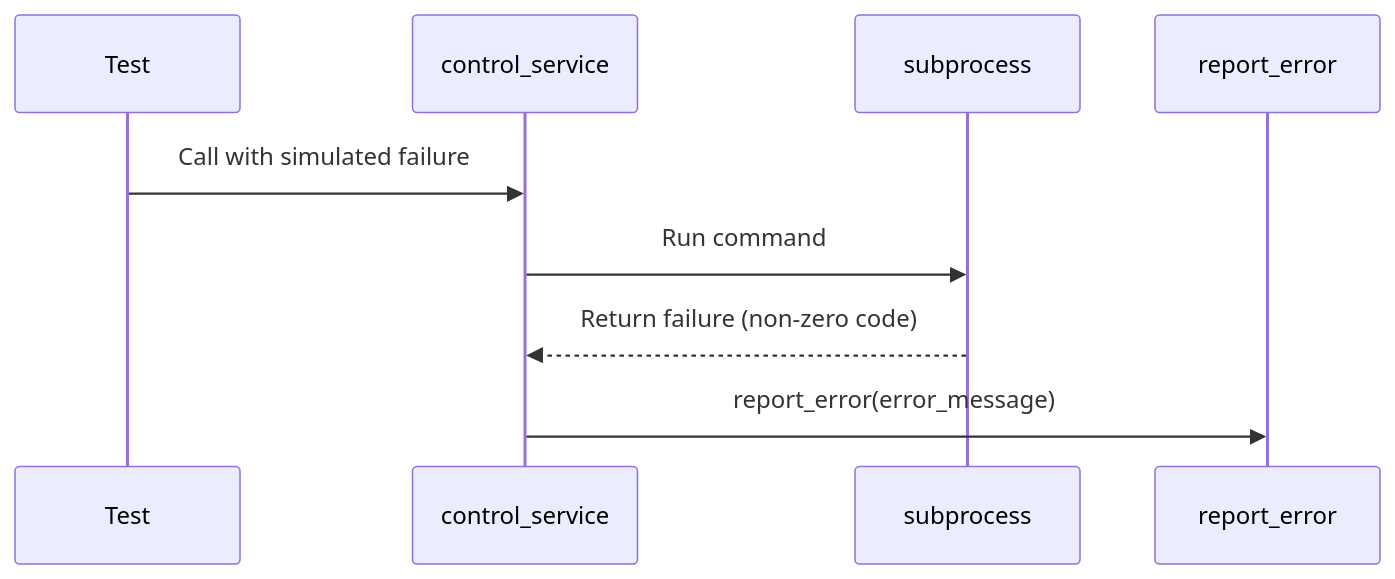
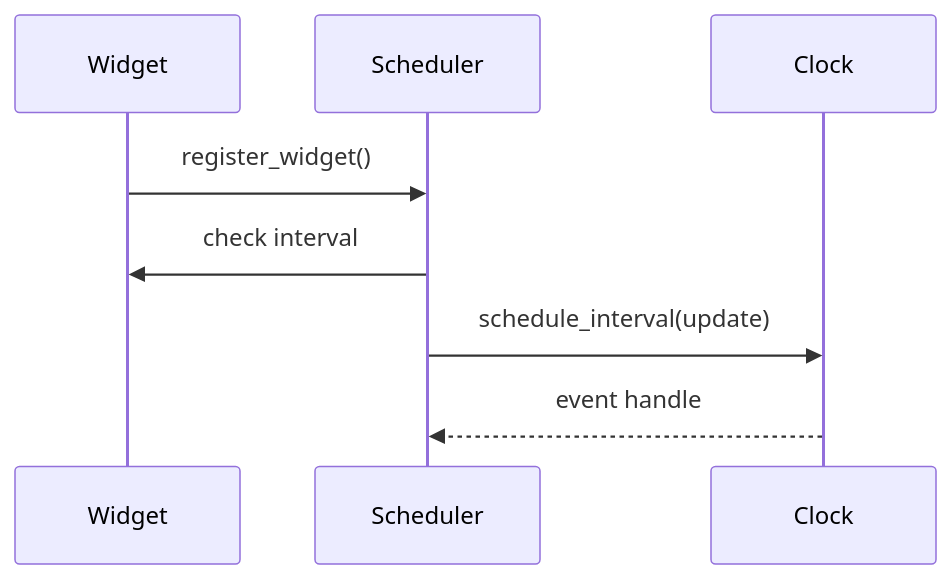
The fourth of 4 diagrams in README.md (Trashytalk/piwardrive), drawn with Mermaid before and after one commit. The commit also changed other lines of this file, not shown here.

Commit message:
docs: reorganize README with new diagrams

````diff
--- a/README.md
+++ b/README.md
@@ -327,12 +52,11 @@
 ```mermaid
 sequenceDiagram
-    participant Test
-    participant control_service
-    participant subprocess
-    participant report_error
+    participant Widget
+    participant Scheduler
+    participant Clock
 
-    Test->>control_service: Call with simulated failure
-    control_service->>subprocess: Run command
-    subprocess-->>control_service: Return failure (non-zero code)
-    control_service->>report_error: report_error(error_message)
+    Widget->>Scheduler: register_widget()
+    Scheduler->>Widget: check interval
+    Scheduler->>Clock: schedule_interval(update)
+    Clock-->>Scheduler: event handle
 ```
````
